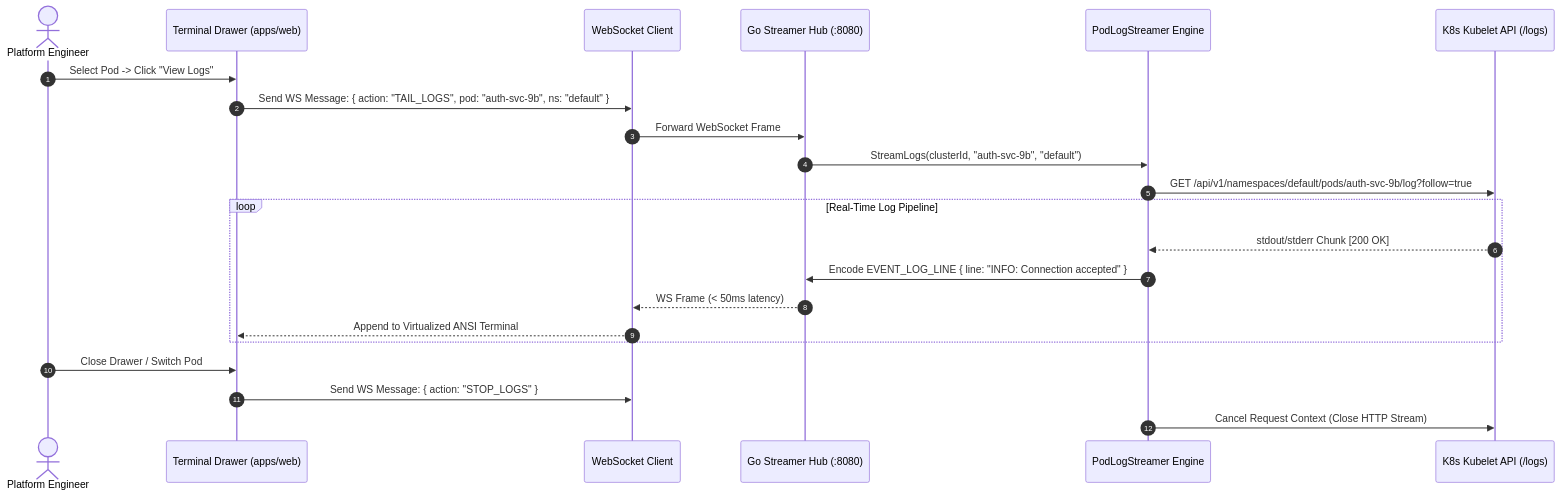
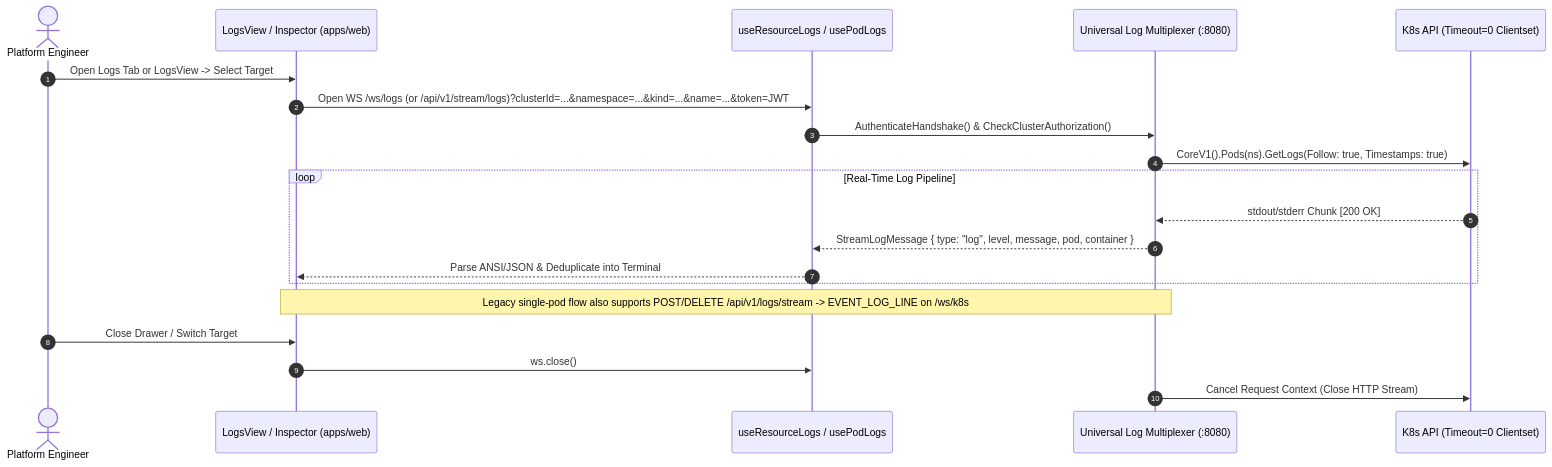
The fifth of 9 diagrams in docs/detailed-design.md (P20000/EnvScale), drawn with Mermaid before and after one commit. The commit also changed other lines of this file and 29 other files, not shown here.

````diff
--- a/docs/detailed-design.md
+++ b/docs/detailed-design.md
@@ -321,27 +335,26 @@
 ```mermaid
 sequenceDiagram
     autonumber
     actor Operator as Platform Engineer
-    participant UI as Terminal Drawer (apps/web)
-    participant WS as WebSocket Client
-    participant Hub as Go Streamer Hub (:8080)
-    participant Streamer as PodLogStreamer Engine
-    participant Kubelet as K8s Kubelet API (/logs)
+    participant UI as LogsView / Inspector (apps/web)
+    participant WS as useResourceLogs / usePodLogs
+    participant MUX as Universal Log Multiplexer (:8080)
+    participant Kubelet as K8s API (Timeout=0 Clientset)
 
-    Operator->>UI: Select Pod -> Click "View Logs"
-    UI->>WS: Send WS Message: { action: "TAIL_LOGS", pod: "auth-svc-9b", ns: "default" }
-    WS->>Hub: Forward WebSocket Frame
-    Hub->>Streamer: StreamLogs(clusterId, "auth-svc-9b", "default")
-    Streamer->>Kubelet: GET /api/v1/namespaces/default/pods/auth-svc-9b/log?follow=true
-    
+    Operator->>UI: Open Logs Tab or LogsView -> Select Target
+    UI->>WS: Open WS /ws/logs (or /api/v1/stream/logs)?clusterId=...&namespace=...&kind=...&name=...&token=JWT
+    WS->>MUX: AuthenticateHandshake() & CheckClusterAuthorization()
+    MUX->>Kubelet: CoreV1().Pods(ns).GetLogs(Follow: true, Timestamps: true)
+
     loop Real-Time Log Pipeline
-        Kubelet-->>Streamer: stdout/stderr Chunk [200 OK]
-        Streamer->>Hub: Encode EVENT_LOG_LINE { line: "INFO: Connection accepted" }
-        Hub-->>WS: WS Frame (< 50ms latency)
-        WS-->>UI: Append to Virtualized ANSI Terminal
+        Kubelet-->>MUX: stdout/stderr Chunk [200 OK]
+        MUX-->>WS: StreamLogMessage { type: "log", level, message, pod, container }
+        WS-->>UI: Parse ANSI/JSON & Deduplicate into Terminal
     end
 
-    Operator->>UI: Close Drawer / Switch Pod
-    UI->>WS: Send WS Message: { action: "STOP_LOGS" }
-    Streamer->>Kubelet: Cancel Request Context (Close HTTP Stream)
+    Note over UI,MUX: Legacy single-pod flow also supports POST/DELETE /api/v1/logs/stream -> EVENT_LOG_LINE on /ws/k8s
+
+    Operator->>UI: Close Drawer / Switch Target
+    UI->>WS: ws.close()
+    MUX->>Kubelet: Cancel Request Context (Close HTTP Stream)
 ```
````
